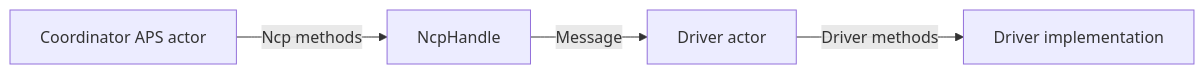
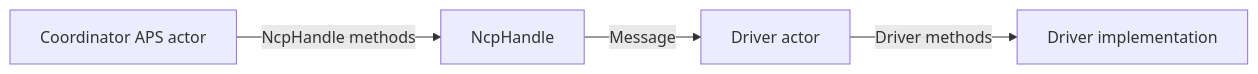
One commit to PaulmannLighting/apis-saltans changed the first of 3 diagrams in hw/ARCHITECTURE.md. Above: the diagram before and after it, drawn with Mermaid. The commit also changed other lines of this file and 19 other files, not shown here.

Commit message:
Use `NcpHandle` with inherent methods.

````diff
--- a/hw/ARCHITECTURE.md
+++ b/hw/ARCHITECTURE.md
@@ -20,11 +20,11 @@
 ```mermaid
 flowchart LR
     C[Coordinator APS actor]
     H[NcpHandle]
     A[Driver actor]
     D[Driver implementation]
 
-    C -->|Ncp methods| H
+    C -->|NcpHandle methods| H
     H -->|Message| A
     A -->|Driver methods| D
 ```
````
